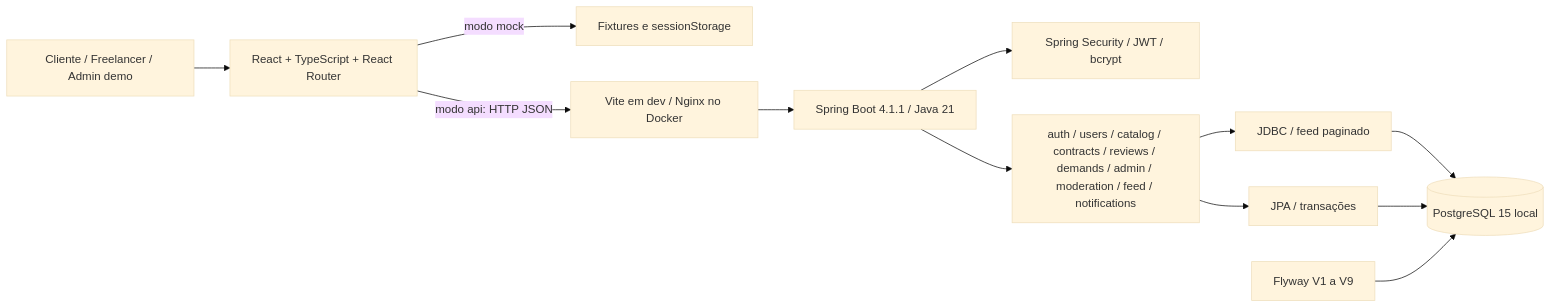
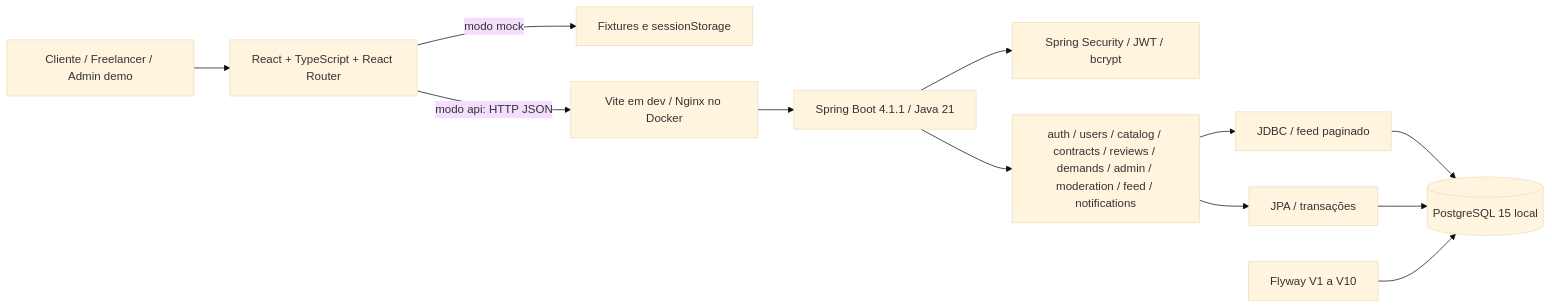
Before and after one commit to fabiolrocha/FreeLanceNow: the diagram in docs/arquitetura.md, drawn with Mermaid (base theme). The commit also changed other lines of this file and 7 other files, not shown here.

````diff
--- a/docs/arquitetura.md
+++ b/docs/arquitetura.md
@@ -5,14 +5,14 @@
 ```mermaid
 flowchart LR
   Pessoa[Cliente / Freelancer / Admin demo] --> Web[React + TypeScript + React Router]
   Web -->|modo mock| Mock[Fixtures e sessionStorage]
   Web -->|modo api: HTTP JSON| Proxy[Vite em dev / Nginx no Docker]
   Proxy --> API[Spring Boot 4.1.1 / Java 21]
   API --> Security[Spring Security / JWT / bcrypt]
   API --> Modulos[auth / users / catalog / contracts / reviews / demands / admin / moderation / feed / notifications]
   Modulos --> JPA[JPA / transações]
   Modulos --> JDBC[JDBC / feed paginado]
   JDBC --> DB
   JPA --> DB[(PostgreSQL 15 local)]
-  Flyway[Flyway V1 a V9] --> DB
+  Flyway[Flyway V1 a V10] --> DB
 ```
````
